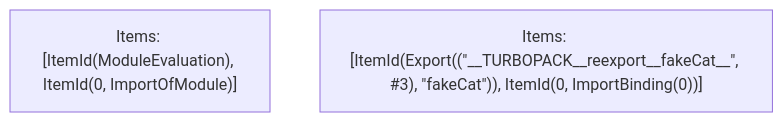
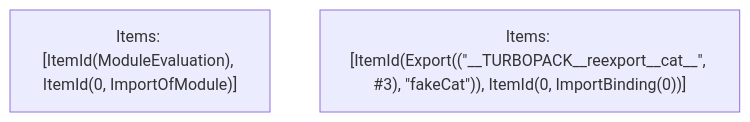
Before and after one commit to vercel/turborepo: the fifth of 5 diagrams in crates/turbopack-ecmascript/tests/tree-shaker/analyzer/export-named/output.md, drawn with Mermaid. The commit also changed other lines of this file and 1 other file, not shown here.

````diff
--- a/crates/turbopack-ecmascript/tests/tree-shaker/analyzer/export-named/output.md
+++ b/crates/turbopack-ecmascript/tests/tree-shaker/analyzer/export-named/output.md
@@ -68,5 +68,5 @@
 ```mermaid
 graph TD
     N0["Items: [ItemId(ModuleEvaluation), ItemId(0, ImportOfModule)]"];
-    N1["Items: [ItemId(Export((&quot;__TURBOPACK__reexport__fakeCat__&quot;, #3), &quot;fakeCat&quot;)), ItemId(0, ImportBinding(0))]"];
+    N1["Items: [ItemId(Export((&quot;__TURBOPACK__reexport__cat__&quot;, #3), &quot;fakeCat&quot;)), ItemId(0, ImportBinding(0))]"];
 ```
````
